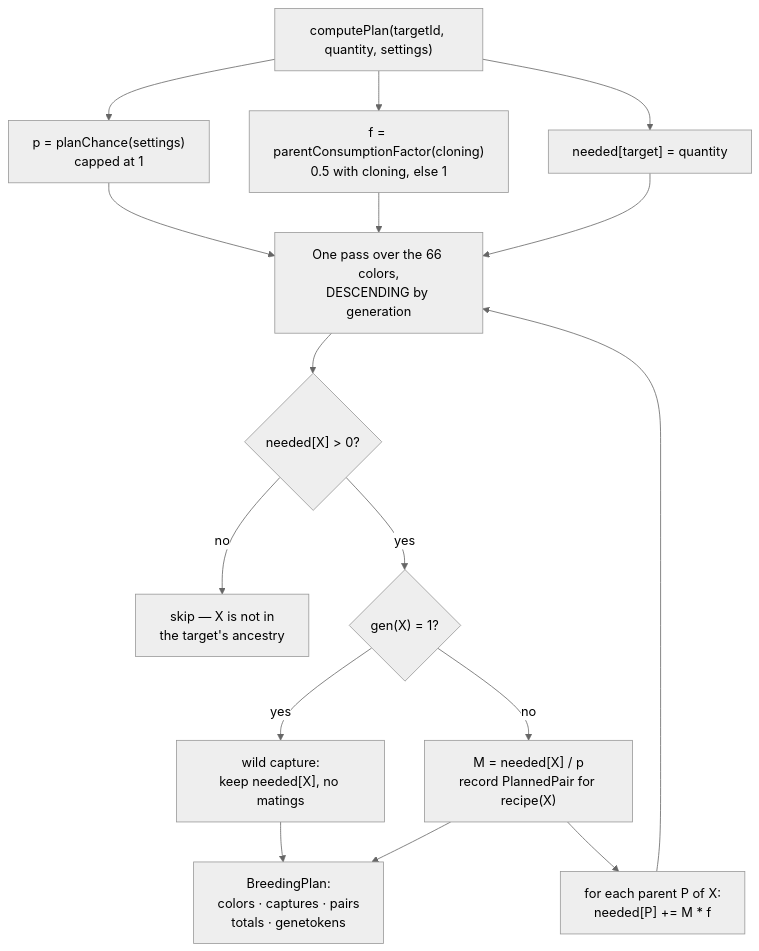
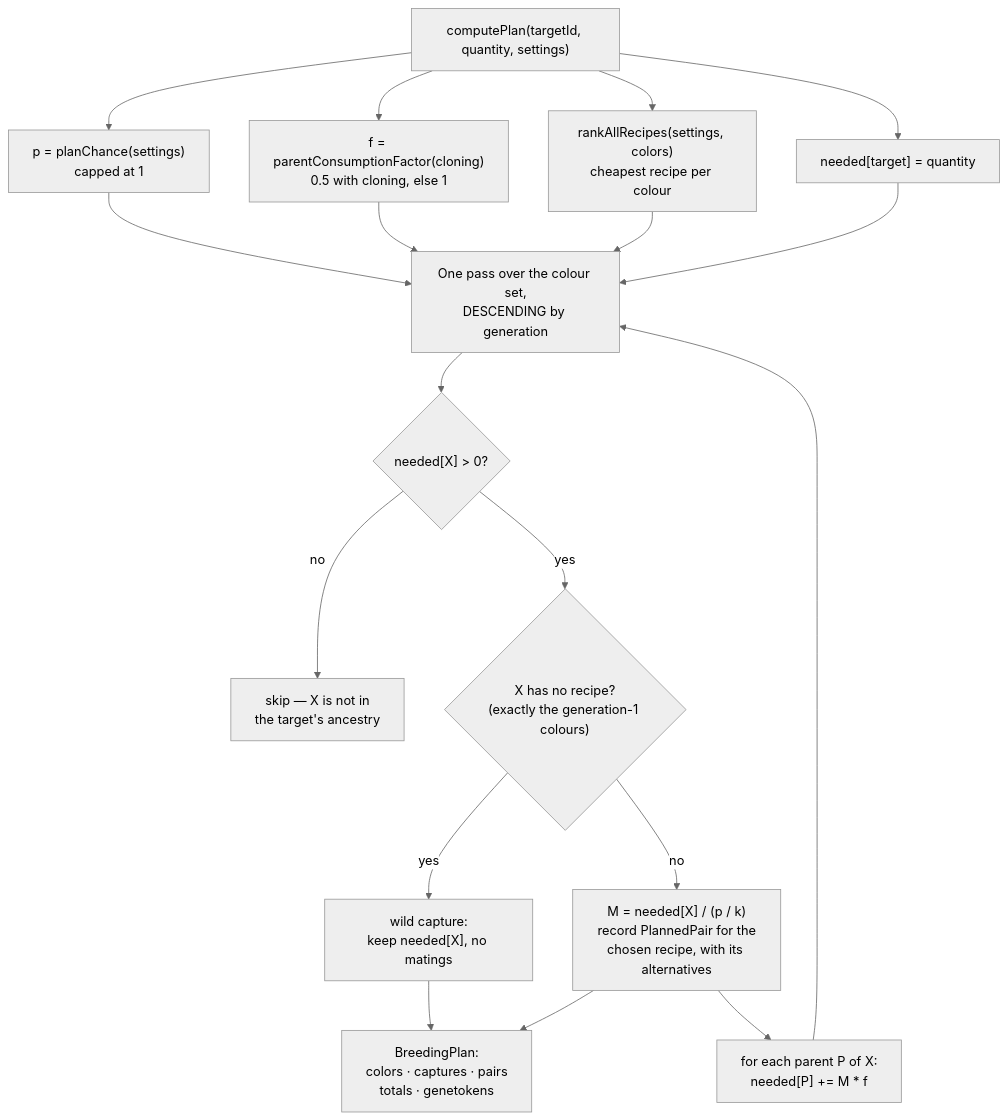
The third of 3 diagrams in docs/ARCHITECTURE.md (Radishoux/dragoarbre), drawn with Mermaid (neutral theme) before and after one commit. The commit also changed other lines of this file and 23 other files, not shown here.

First line of the commit message:
feat(phase-3): multi-recipe planner, species-aware UI, and the docs pass

````diff
--- a/docs/ARCHITECTURE.md
+++ b/docs/ARCHITECTURE.md
@@ -242,23 +365,25 @@
 ```mermaid
 graph TD
   input["computePlan(targetId, quantity, settings)"]
   input --> p["p = planChance(settings)<br/>capped at 1"]
   input --> f["f = parentConsumptionFactor(cloning)<br/>0.5 with cloning, else 1"]
   input --> seed["needed[target] = quantity"]
 
   p --> sweep
   f --> sweep
-  seed --> sweep["One pass over the 66 colors,<br/>DESCENDING by generation"]
+  input --> rank["rankAllRecipes(settings, colors)<br/>cheapest recipe per colour"]
+  rank --> sweep
+  seed --> sweep["One pass over the colour set,<br/>DESCENDING by generation"]
 
   sweep --> want{"needed[X] &gt; 0?"}
   want -- no --> skip["skip — X is not in<br/>the target's ancestry"]
-  want -- yes --> gen{"gen(X) = 1?"}
+  want -- yes --> gen{"X has no recipe?<br/>(exactly the generation-1 colours)"}
 
   gen -- yes --> capture["wild capture:<br/>keep needed[X], no matings"]
-  gen -- no --> mate["M = needed[X] / p<br/>record PlannedPair for recipe(X)"]
+  gen -- no --> mate["M = needed[X] / (p / k)<br/>record PlannedPair for the<br/>chosen recipe, with its alternatives"]
   mate --> spread["for each parent P of X:<br/>needed[P] += M * f"]
   spread --> sweep
 
   capture --> out
   mate --> out["BreedingPlan:<br/>colors · captures · pairs<br/>totals · genetokens"]
 ```
````
